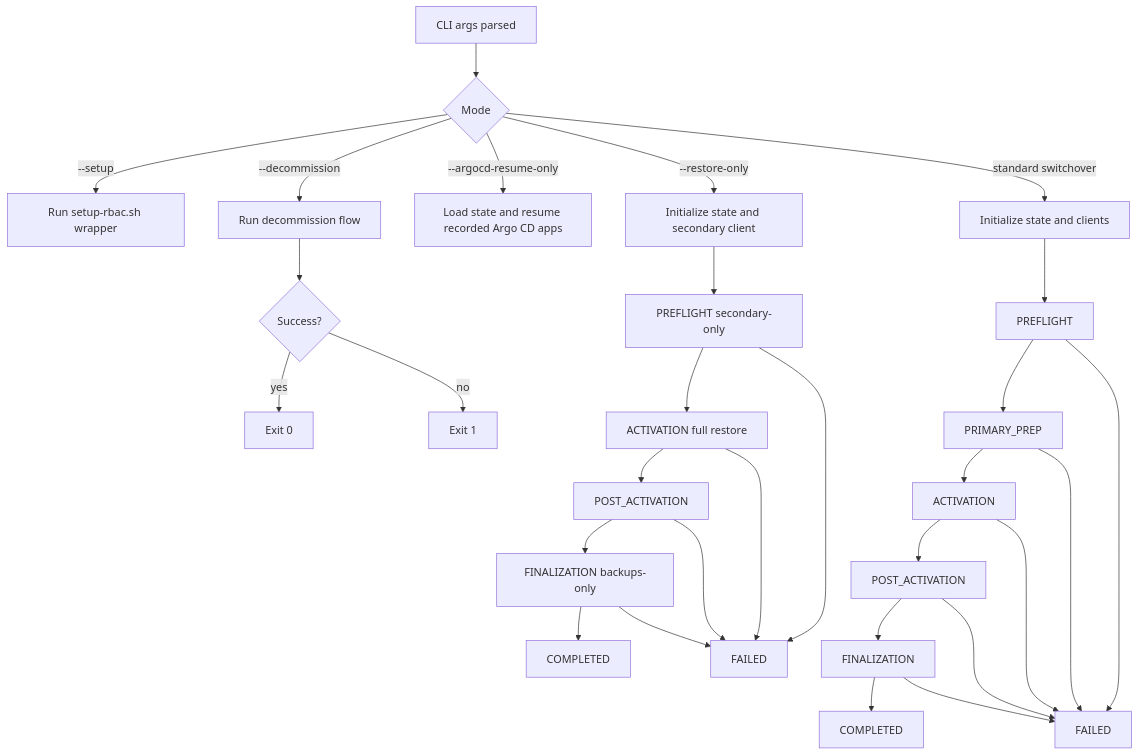
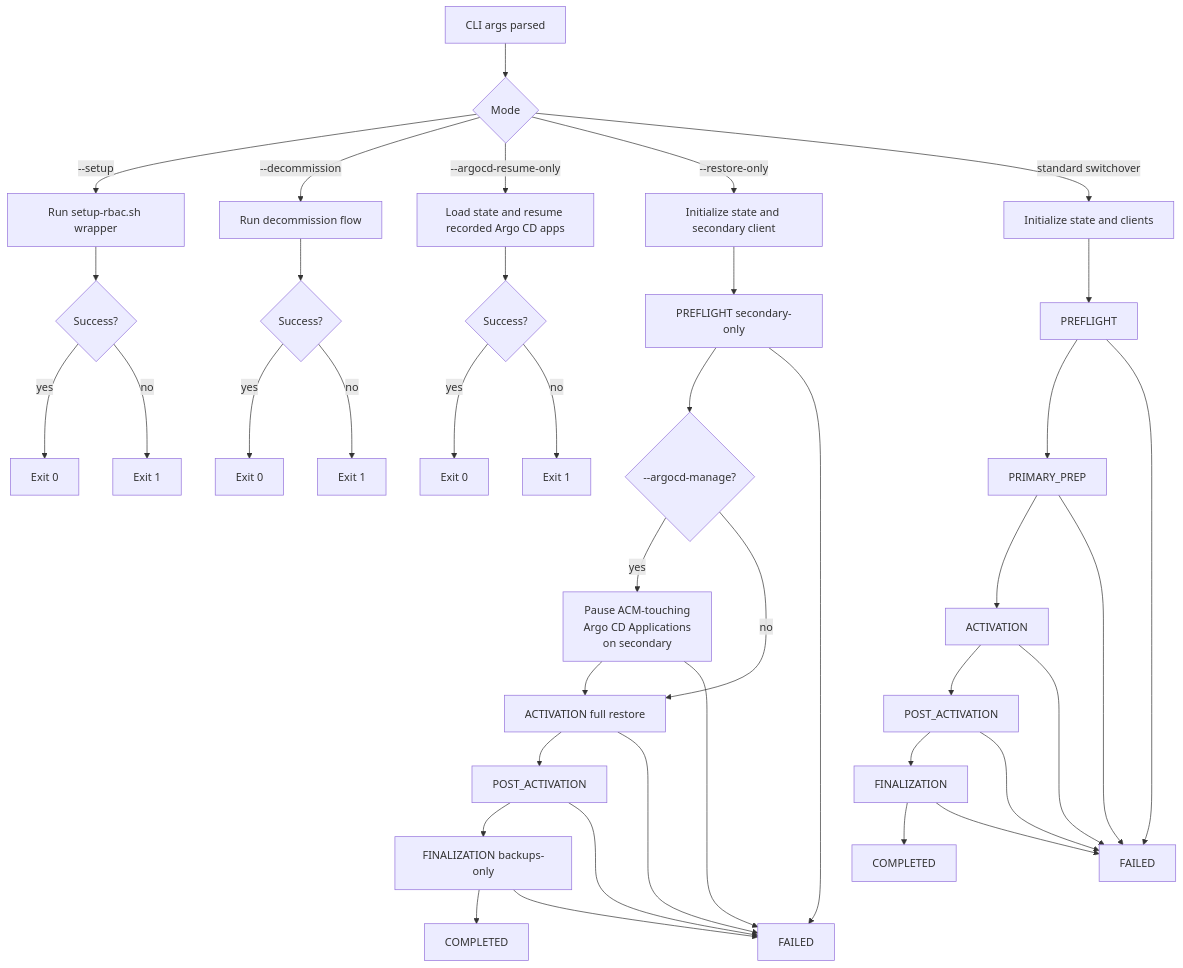
One commit to tomazb/rh-acm-switchover changed the first of 2 diagrams in docs/development/architecture.md. Above: the diagram before and after it, drawn with Mermaid. The commit also changed other lines of this file and 5 other files, not shown here.

````diff
--- a/docs/development/architecture.md
+++ b/docs/development/architecture.md
@@ -84,32 +84,42 @@
 ```mermaid
 flowchart TD
     A[CLI args parsed] --> B{Mode}
     B -->|--setup| C[Run setup-rbac.sh wrapper]
     B -->|--decommission| D[Run decommission flow]
     B -->|--argocd-resume-only| E[Load state and resume recorded Argo CD apps]
     B -->|--restore-only| R[Initialize state and secondary client]
     B -->|standard switchover| F[Initialize state and clients]
+    C --> C1{Success?}
+    C1 -->|yes| C2[Exit 0]
+    C1 -->|no| C3[Exit 1]
     D --> D1{Success?}
     D1 -->|yes| D2[Exit 0]
     D1 -->|no| D3[Exit 1]
+    E --> E1{Success?}
+    E1 -->|yes| E2[Exit 0]
+    E1 -->|no| E3[Exit 1]
     R --> RG[PREFLIGHT secondary-only]
-    RG --> RI[ACTIVATION full restore]
+    RG --> RP{--argocd-manage?}
+    RP -->|yes| RQ[Pause ACM-touching<br/>Argo CD Applications<br/>on secondary]
+    RP -->|no| RI[ACTIVATION full restore]
+    RQ --> RI
     RI --> RJ[POST_ACTIVATION]
     RJ --> RM[FINALIZATION backups-only]
     RM --> RK[COMPLETED]
     RG --> RL[FAILED]
+    RQ --> RL
     RI --> RL
     RJ --> RL
     RM --> RL
     F --> G[PREFLIGHT]
     G --> H[PRIMARY_PREP]
     H --> I[ACTIVATION]
     I --> J[POST_ACTIVATION]
     J --> M[FINALIZATION]
     M --> K[COMPLETED]
     G --> L[FAILED]
     H --> L
     I --> L
     J --> L
     M --> L
 ```
````
